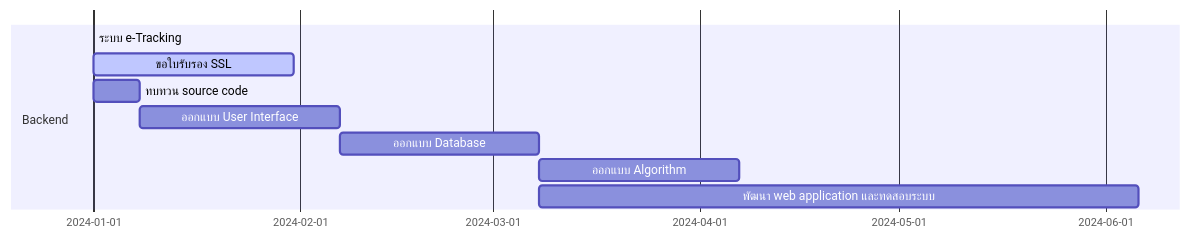
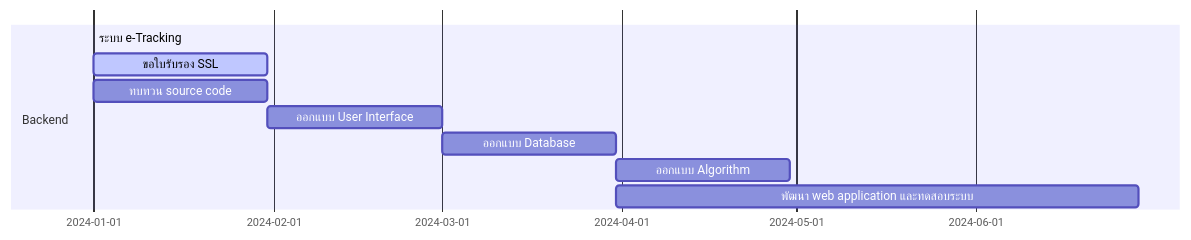
Before and after one commit to Kietpawpan/e-tracking: the diagram in README.md, drawn with Mermaid.

````diff
--- a/README.md
+++ b/README.md
@@ -6,12 +6,12 @@
 ```mermaid
 gantt
     section Backend
     ระบบ e-Tracking :done,    des1, 2024-01-01,2024-01-30
     ขอใบรับรอง SSL        :active, des2, after des1, 30d
-    ทบทวน source code  :         des3, after des1, 7d
+    ทบทวน source code  :         des3, after des1, 30d
     ออกแบบ User Interface  :         des4, after des3, 30d
     ออกแบบ Database   :         des5, after des4, 30d
     ออกแบบ Algorithm   :         des6, after des5, 30d
     พัฒนา web application และทดสอบระบบ   :         des6, after des5, 90d
 
 ```
````
